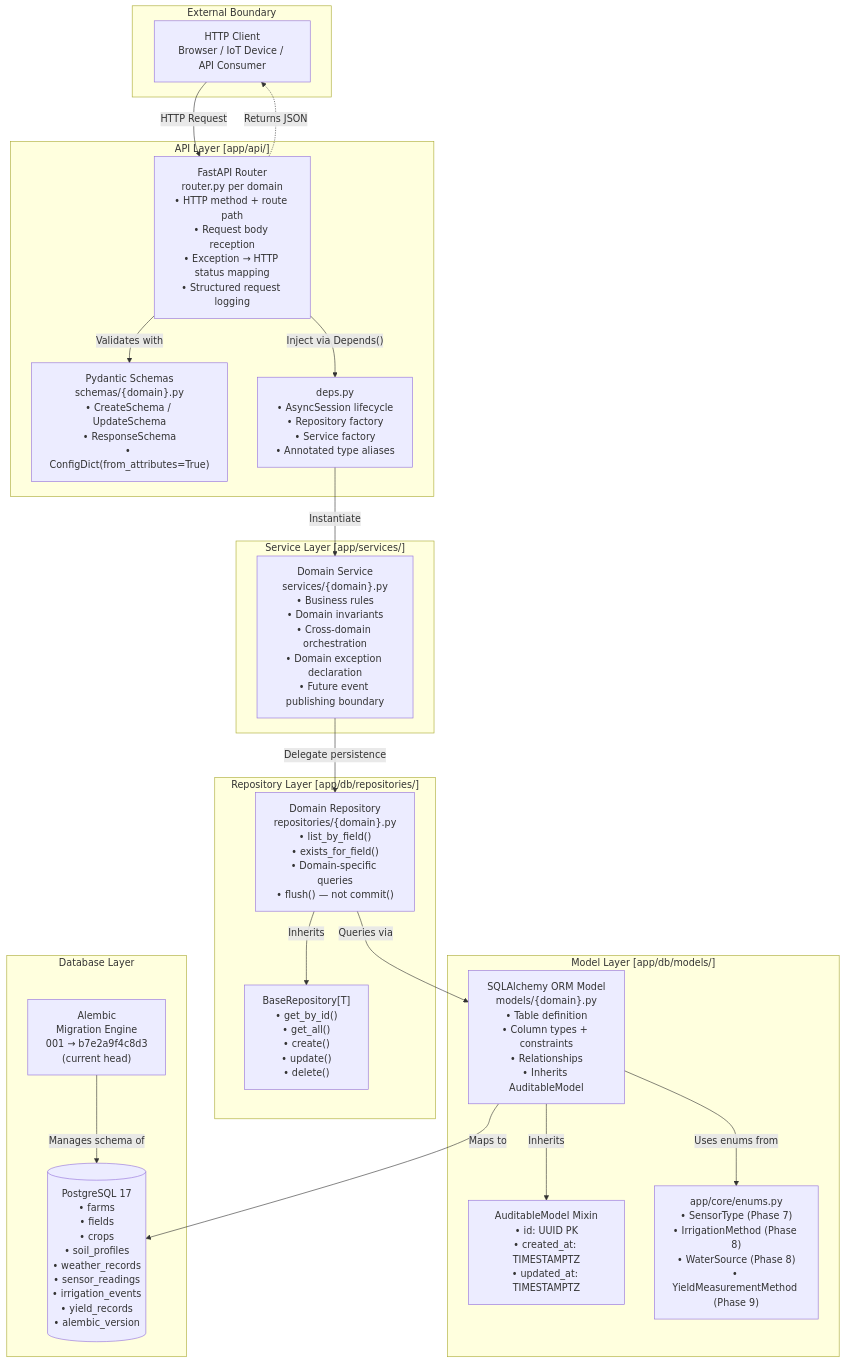
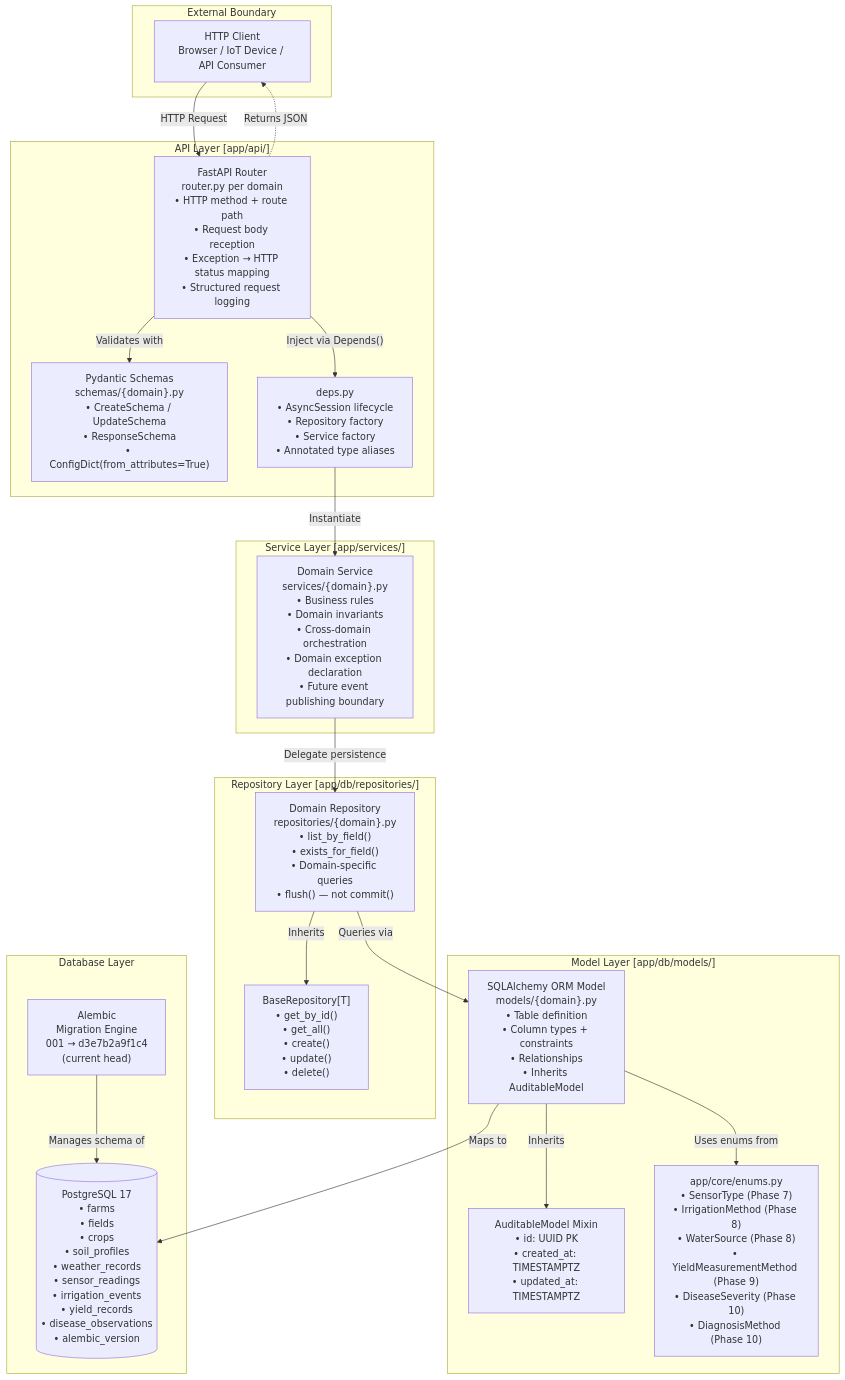
The third of 18 diagrams in docs/09-architecture-diagrams.md (santoshnarayanan/AGRIFLOW-AI), drawn with Mermaid before and after one commit. The commit also changed other lines of this file and 1 other file, not shown here.

Commit message:
Phase 10 - docs: documents updated

````diff
--- a/docs/09-architecture-diagrams.md
+++ b/docs/09-architecture-diagrams.md
@@ -158,45 +175,45 @@
 ```mermaid
 graph TB
     subgraph "External Boundary"
         Client["HTTP Client\nBrowser / IoT Device / API Consumer"]
     end
 
     subgraph "API Layer  [app/api/]"
         Router["FastAPI Router\nrouter.py per domain\n• HTTP method + route path\n• Request body reception\n• Exception → HTTP status mapping\n• Structured request logging"]
         Schema["Pydantic Schemas\nschemas/{domain}.py\n• CreateSchema / UpdateSchema\n• ResponseSchema\n• ConfigDict(from_attributes=True)"]
         Deps["deps.py\n• AsyncSession lifecycle\n• Repository factory\n• Service factory\n• Annotated type aliases"]
     end
 
     subgraph "Service Layer  [app/services/]"
         Service["Domain Service\nservices/{domain}.py\n• Business rules\n• Domain invariants\n• Cross-domain orchestration\n• Domain exception declaration\n• Future event publishing boundary"]
     end
 
     subgraph "Repository Layer  [app/db/repositories/]"
         BaseRepo["BaseRepository[T]\n• get_by_id()\n• get_all()\n• create()\n• update()\n• delete()"]
         ConcreteRepo["Domain Repository\nrepositories/{domain}.py\n• list_by_field()\n• exists_for_field()\n• Domain-specific queries\n• flush() — not commit()"]
     end
 
     subgraph "Model Layer  [app/db/models/]"
         ORM["SQLAlchemy ORM Model\nmodels/{domain}.py\n• Table definition\n• Column types + constraints\n• Relationships\n• Inherits AuditableModel"]
         AuditMixin["AuditableModel Mixin\n• id: UUID PK\n• created_at: TIMESTAMPTZ\n• updated_at: TIMESTAMPTZ"]
-        CoreEnums["app/core/enums.py\n• SensorType (Phase 7)\n• IrrigationMethod (Phase 8)\n• WaterSource (Phase 8)\n• YieldMeasurementMethod (Phase 9)"]
+        CoreEnums["app/core/enums.py\n• SensorType (Phase 7)\n• IrrigationMethod (Phase 8)\n• WaterSource (Phase 8)\n• YieldMeasurementMethod (Phase 9)\n• DiseaseSeverity (Phase 10)\n• DiagnosisMethod (Phase 10)"]
     end
 
     subgraph "Database Layer"
-        PG[("PostgreSQL 17\n• farms\n• fields\n• crops\n• soil_profiles\n• weather_records\n• sensor_readings\n• irrigation_events\n• yield_records\n• alembic_version")]
-        Alembic["Alembic\nMigration Engine\n001 → b7e2a9f4c8d3\n(current head)"]
+        PG[("PostgreSQL 17\n• farms\n• fields\n• crops\n• soil_profiles\n• weather_records\n• sensor_readings\n• irrigation_events\n• yield_records\n• disease_observations\n• alembic_version")]
+        Alembic["Alembic\nMigration Engine\n001 → d3e7b2a9f1c4\n(current head)"]
     end
 
     Client -->|"HTTP Request"| Router
     Router -->|"Inject via Depends()"| Deps
     Deps -->|"Instantiate"| Service
     Service -->|"Delegate persistence"| ConcreteRepo
     ConcreteRepo -->|"Inherits"| BaseRepo
     ConcreteRepo -->|"Queries via"| ORM
     ORM -->|"Inherits"| AuditMixin
     ORM -->|"Uses enums from"| CoreEnums
     ORM -->|"Maps to"| PG
     Alembic -->|"Manages schema of"| PG
     Router -->|"Validates with"| Schema
     Router -.->|"Returns JSON"| Client
 ```
````
